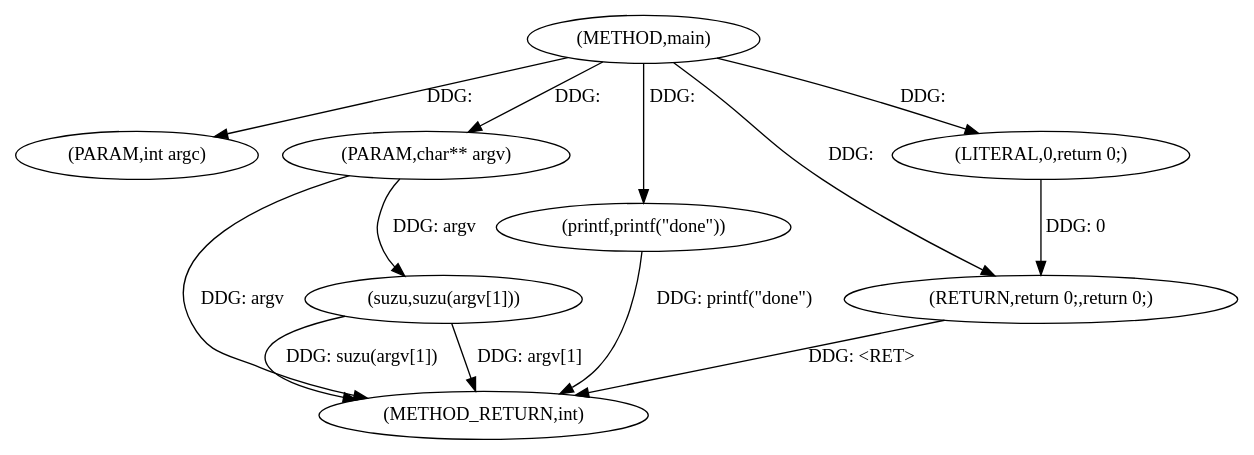
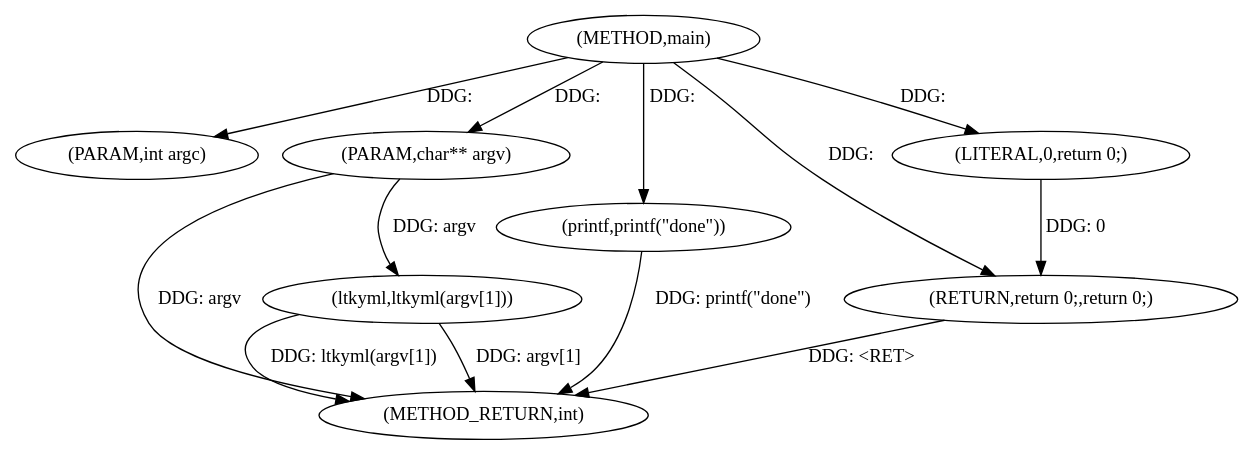
Before and after one commit to trasen1003/BOF_ML: the diagram in outdir/1-pdg.dot, drawn with Graphviz. The commit also changed 341 other files, not shown here.

```diff
--- a/outdir/1-pdg.dot
+++ b/outdir/1-pdg.dot
@@ -1,22 +1,22 @@
 digraph main {  
-"1000372" [label = "(METHOD,main)" ]
-"1000384" [label = "(METHOD_RETURN,int)" ]
-"1000373" [label = "(PARAM,int argc)" ]
-"1000374" [label = "(PARAM,char** argv)" ]
-"1000376" [label = "(suzu,suzu(argv[1]))" ]
-"1000380" [label = "(printf,printf(\"done\"))" ]
-"1000382" [label = "(RETURN,return 0;,return 0;)" ]
-"1000383" [label = "(LITERAL,0,return 0;)" ]
-  "1000382" -> "1000384"  [ label = "DDG: <RET>"] 
-  "1000380" -> "1000384"  [ label = "DDG: printf(\"done\")"] 
-  "1000376" -> "1000384"  [ label = "DDG: suzu(argv[1])"] 
-  "1000376" -> "1000384"  [ label = "DDG: argv[1]"] 
-  "1000374" -> "1000384"  [ label = "DDG: argv"] 
-  "1000372" -> "1000373"  [ label = "DDG: "] 
-  "1000372" -> "1000374"  [ label = "DDG: "] 
-  "1000374" -> "1000376"  [ label = "DDG: argv"] 
-  "1000372" -> "1000380"  [ label = "DDG: "] 
-  "1000383" -> "1000382"  [ label = "DDG: 0"] 
-  "1000372" -> "1000382"  [ label = "DDG: "] 
-  "1000372" -> "1000383"  [ label = "DDG: "] 
+"1000386" [label = "(METHOD,main)" ]
+"1000398" [label = "(METHOD_RETURN,int)" ]
+"1000387" [label = "(PARAM,int argc)" ]
+"1000388" [label = "(PARAM,char** argv)" ]
+"1000390" [label = "(ltkyml,ltkyml(argv[1]))" ]
+"1000394" [label = "(printf,printf(\"done\"))" ]
+"1000396" [label = "(RETURN,return 0;,return 0;)" ]
+"1000397" [label = "(LITERAL,0,return 0;)" ]
+  "1000396" -> "1000398"  [ label = "DDG: <RET>"] 
+  "1000394" -> "1000398"  [ label = "DDG: printf(\"done\")"] 
+  "1000390" -> "1000398"  [ label = "DDG: ltkyml(argv[1])"] 
+  "1000390" -> "1000398"  [ label = "DDG: argv[1]"] 
+  "1000388" -> "1000398"  [ label = "DDG: argv"] 
+  "1000386" -> "1000387"  [ label = "DDG: "] 
+  "1000386" -> "1000388"  [ label = "DDG: "] 
+  "1000388" -> "1000390"  [ label = "DDG: argv"] 
+  "1000386" -> "1000394"  [ label = "DDG: "] 
+  "1000397" -> "1000396"  [ label = "DDG: 0"] 
+  "1000386" -> "1000396"  [ label = "DDG: "] 
+  "1000386" -> "1000397"  [ label = "DDG: "] 
 }
```
